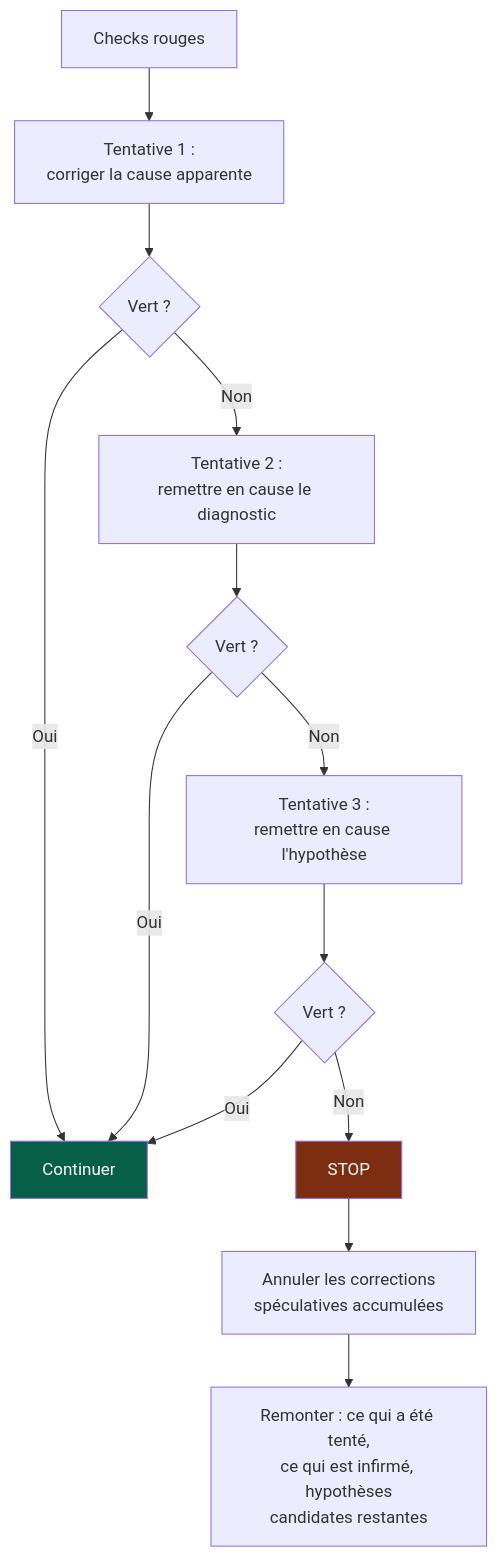
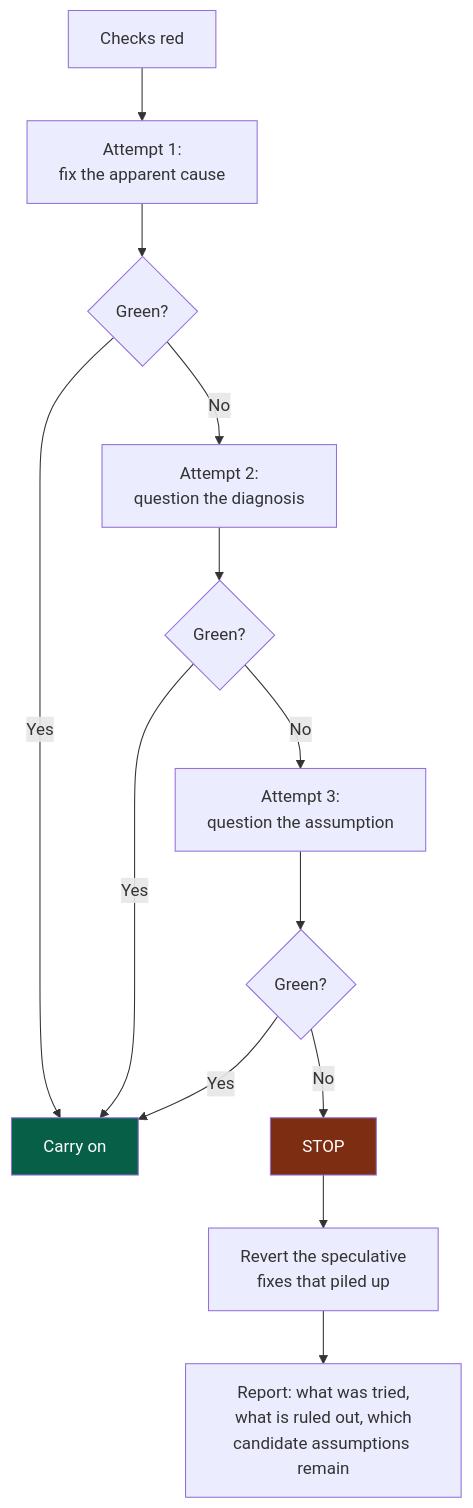
The second of 2 diagrams in skeleton/docs/os/05-workflow.md (NapkinStack/engineering-os), drawn with Mermaid before and after one commit. The commit also changed other lines of this file and 87 other files, not shown here.

````diff
--- a/skeleton/docs/os/05-workflow.md
+++ b/skeleton/docs/os/05-workflow.md
@@ -127,19 +128,19 @@
 ```mermaid
 flowchart TD
-    A["Checks rouges"] --> B["Tentative 1 :<br/>corriger la cause apparente"]
-    B --> C{"Vert ?"}
-    C -->|Oui| OK["Continuer"]
-    C -->|Non| D["Tentative 2 :<br/>remettre en cause le diagnostic"]
-    D --> E{"Vert ?"}
-    E -->|Oui| OK
-    E -->|Non| F["Tentative 3 :<br/>remettre en cause l'hypothèse"]
-    F --> G{"Vert ?"}
-    G -->|Oui| OK
-    G -->|Non| H["STOP"]
+    A["Checks red"] --> B["Attempt 1:<br/>fix the apparent cause"]
+    B --> C{"Green?"}
+    C -->|Yes| OK["Carry on"]
+    C -->|No| D["Attempt 2:<br/>question the diagnosis"]
+    D --> E{"Green?"}
+    E -->|Yes| OK
+    E -->|No| F["Attempt 3:<br/>question the assumption"]
+    F --> G{"Green?"}
+    G -->|Yes| OK
+    G -->|No| H["STOP"]
 
-    H --> H1["Annuler les corrections<br/>spéculatives accumulées"]
-    H1 --> H2["Remonter : ce qui a été tenté,<br/>ce qui est infirmé, hypothèses<br/>candidates restantes"]
+    H --> H1["Revert the speculative<br/>fixes that piled up"]
+    H1 --> H2["Report: what was tried,<br/>what is ruled out, which<br/>candidate assumptions remain"]
 
     style H fill:#7c2d12,color:#fff
     style OK fill:#065f46,color:#fff
 ```
````
